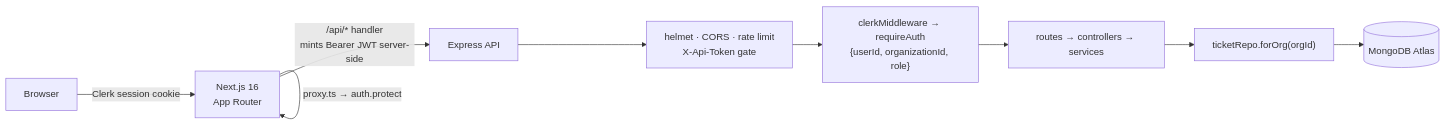
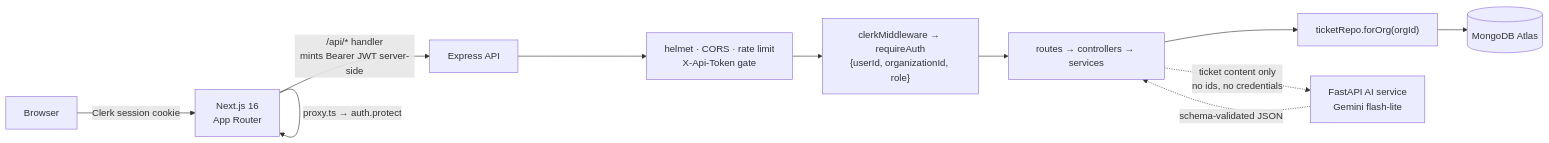
One commit to shrutidc/supportflow changed the diagram in README.md. Above: the diagram before and after it, drawn with Mermaid. The commit also changed other lines of this file and 1 other file, not shown here.

````diff
--- a/README.md
+++ b/README.md
@@ -29,11 +99,13 @@
 ```mermaid
 flowchart LR
     B[Browser] -->|Clerk session cookie| W["Next.js 16<br/>App Router"]
     W -->|"proxy.ts → auth.protect"| W
     W -->|"/api/* handler<br/>mints Bearer JWT server-side"| A["Express API"]
     A --> M["helmet · CORS · rate limit<br/>X-Api-Token gate"]
     M --> C["clerkMiddleware → requireAuth<br/>{userId, organizationId, role}"]
     C --> S["routes → controllers → services"]
     S --> R["ticketRepo.forOrg(orgId)"]
     R --> D[("MongoDB Atlas")]
+    S -.->|"ticket content only<br/>no ids, no credentials"| AI["FastAPI AI service<br/>Gemini flash-lite"]
+    AI -.->|"schema-validated JSON"| S
 ```
````
